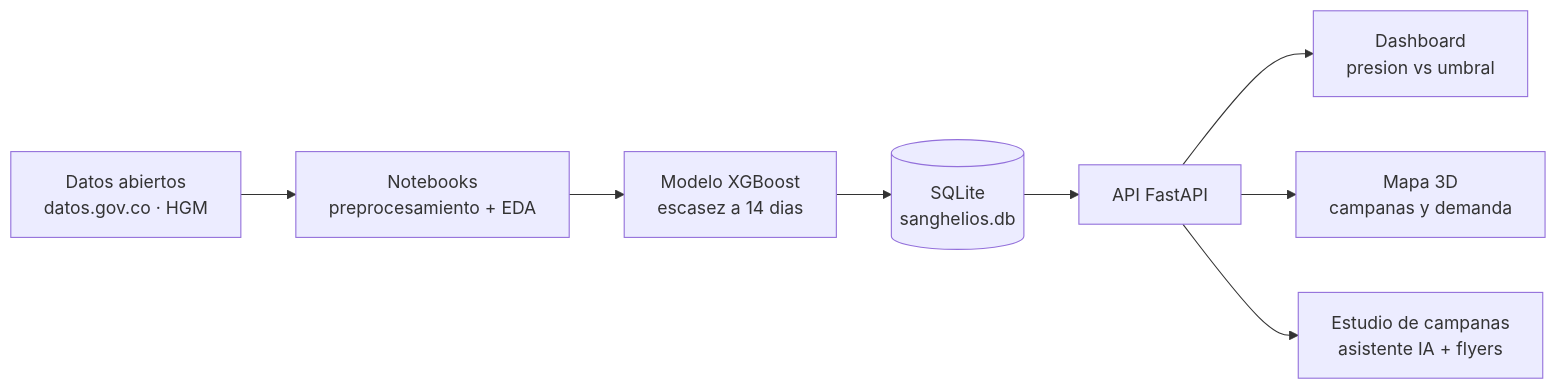
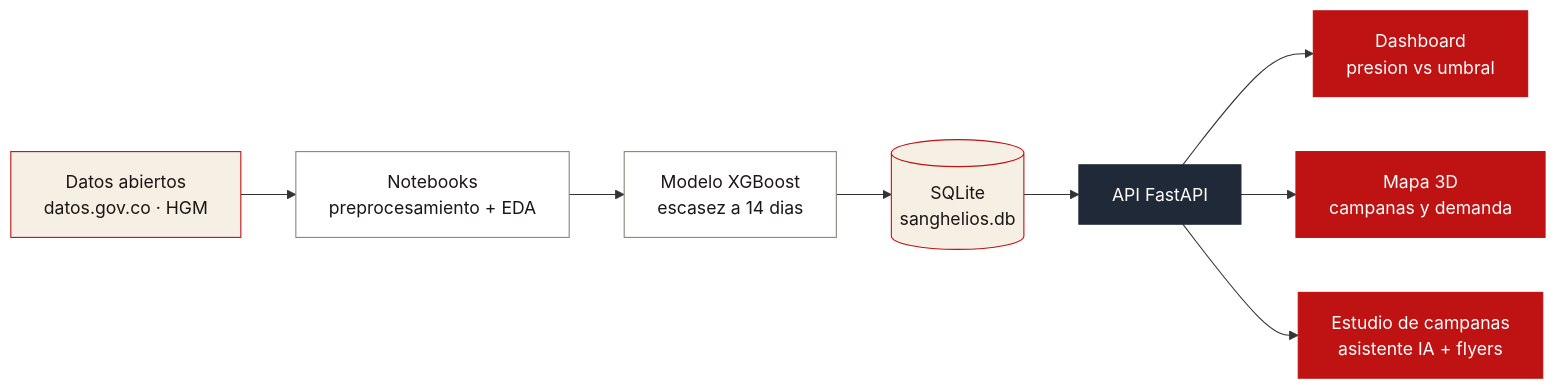
Before and after one commit to JeroHoyos/Sanghelios: the diagram in README.md, drawn with Mermaid. The commit also changed other lines of this file and 96 other files, not shown here.

````diff
--- a/README.md
+++ b/README.md
@@ -22,10 +23,15 @@
 ```mermaid
 flowchart LR
-    A[Datos abiertos<br>datos.gov.co · HGM] --> B[Notebooks<br>preprocesamiento + EDA]
-    B --> C[Modelo XGBoost<br>escasez a 14 dias]
-    C --> D[(SQLite<br>sanghelios.db)]
-    D --> E[API FastAPI]
-    E --> F[Dashboard<br>presion vs umbral]
-    E --> G[Mapa 3D<br>campanas y demanda]
-    E --> H[Estudio de campanas<br>asistente IA + flyers]
+    A[Datos abiertos<br>datos.gov.co · HGM]:::dato --> B[Notebooks<br>preprocesamiento + EDA]:::proceso
+    B --> C[Modelo XGBoost<br>escasez a 14 dias]:::proceso
+    C --> D[(SQLite<br>sanghelios.db)]:::dato
+    D --> E[API FastAPI]:::api
+    E --> F[Dashboard<br>presion vs umbral]:::producto
+    E --> G[Mapa 3D<br>campanas y demanda]:::producto
+    E --> H[Estudio de campanas<br>asistente IA + flyers]:::producto
+
+    classDef dato fill:#F6EFE4,stroke:#BF1212,color:#1a1714
+    classDef proceso fill:#ffffff,stroke:#8a837a,color:#1a1714
+    classDef api fill:#1F2937,stroke:#1F2937,color:#ffffff
+    classDef producto fill:#BF1212,stroke:#BF1212,color:#ffffff
 ```
````
